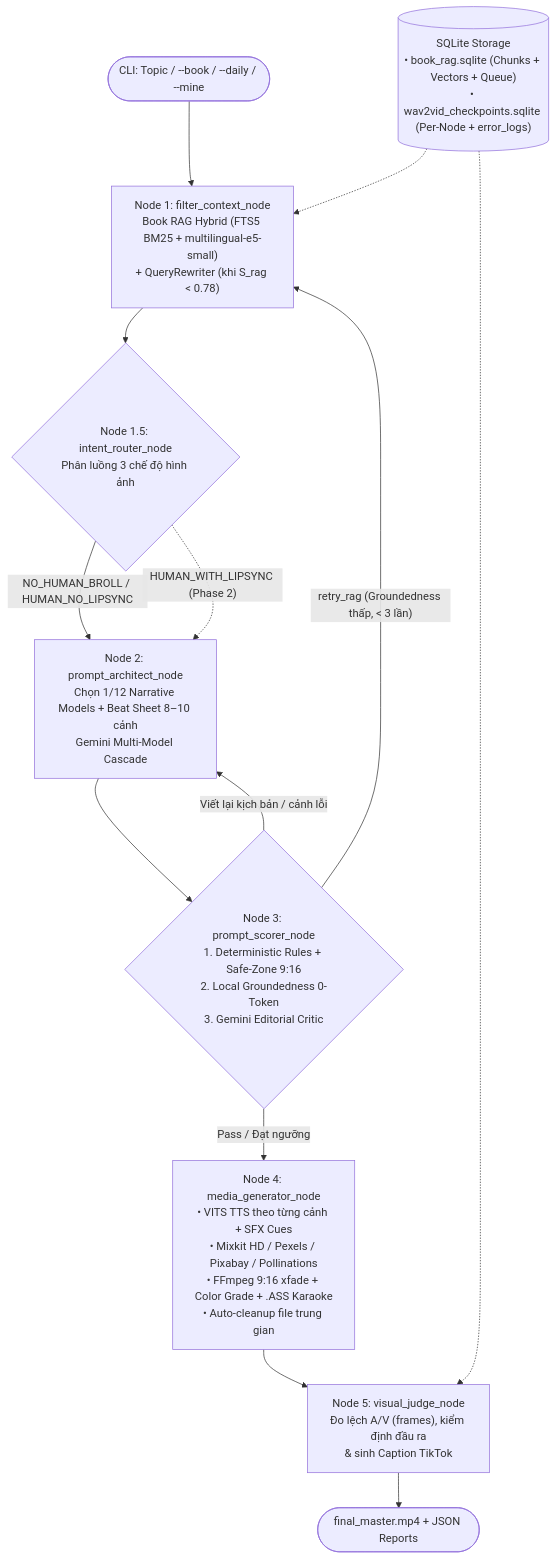
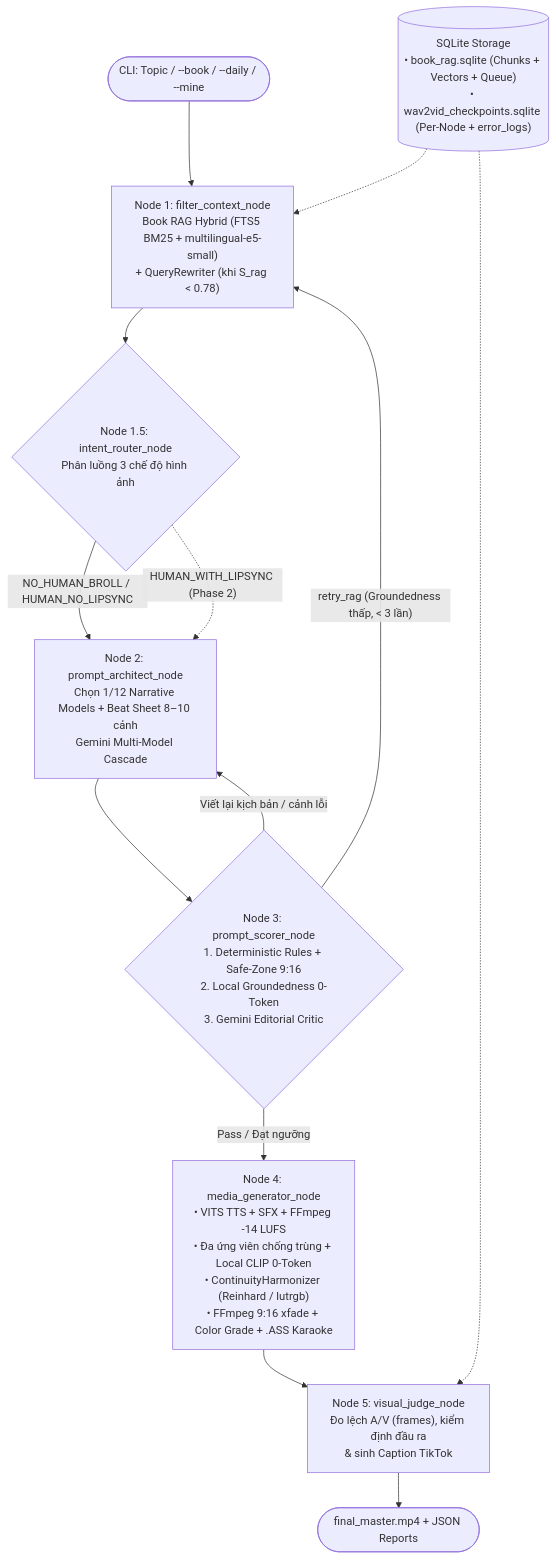
The diagram in README.md (dungna13/wav2video), drawn with Mermaid before and after one commit. The commit also changed other lines of this file and 11 other files, not shown here.

Commit message:
feat(phase2): local CLIP scorer, multi-candidate fetcher, ContinuityHarmonizer, -14 LUFS & Google Flow 4-block workflow

````diff
--- a/README.md
+++ b/README.md
@@ -32,20 +33,20 @@
 ```mermaid
 flowchart TD
     Start(["CLI: Topic / --book / --daily / --mine"]) --> N1["Node 1: filter_context_node\nBook RAG Hybrid (FTS5 BM25 + multilingual-e5-small)\n+ QueryRewriter (khi S_rag < 0.78)"]
     N1 --> N15{"Node 1.5: intent_router_node\nPhân luồng 3 chế độ hình ảnh"}
 
     N15 -->|"NO_HUMAN_BROLL / HUMAN_NO_LIPSYNC"| N2["Node 2: prompt_architect_node\nChọn 1/12 Narrative Models + Beat Sheet 8–10 cảnh\nGemini Multi-Model Cascade"]
     N15 -.->|"HUMAN_WITH_LIPSYNC (Phase 2)"| N2
 
     N2 --> N3{"Node 3: prompt_scorer_node\n1. Deterministic Rules + Safe-Zone 9:16\n2. Local Groundedness 0-Token\n3. Gemini Editorial Critic"}
 
     N3 -->|"retry_rag (Groundedness thấp, < 3 lần)"| N1
     N3 -->|"Viết lại kịch bản / cảnh lỗi"| N2
-    N3 -->|"Pass / Đạt ngưỡng"| N4["Node 4: media_generator_node\n• VITS TTS theo từng cảnh + SFX Cues\n• Mixkit HD / Pexels / Pixabay / Pollinations\n• FFmpeg 9:16 xfade + Color Grade + .ASS Karaoke\n• Auto-cleanup file trung gian"]
+    N3 -->|"Pass / Đạt ngưỡng"| N4["Node 4: media_generator_node\n• VITS TTS + SFX + FFmpeg -14 LUFS\n• Đa ứng viên chống trùng + Local CLIP 0-Token\n• ContinuityHarmonizer (Reinhard / lutrgb)\n• FFmpeg 9:16 xfade + Color Grade + .ASS Karaoke"]
 
     N4 --> N5["Node 5: visual_judge_node\nĐo lệch A/V (frames), kiểm định đầu ra\n& sinh Caption TikTok"]
     N5 --> Done(["final_master.mp4 + JSON Reports"])
 
     DB[("SQLite Storage\n• book_rag.sqlite (Chunks + Vectors + Queue)\n• wav2vid_checkpoints.sqlite (Per-Node + error_logs)")] -.-> N1
     DB -.-> N5
 ```
````
